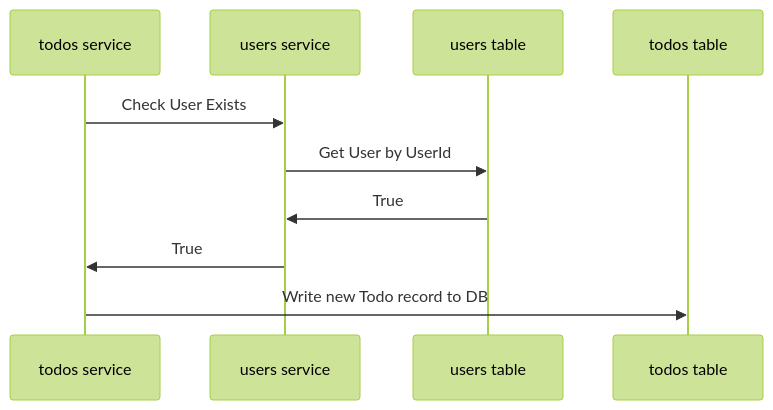
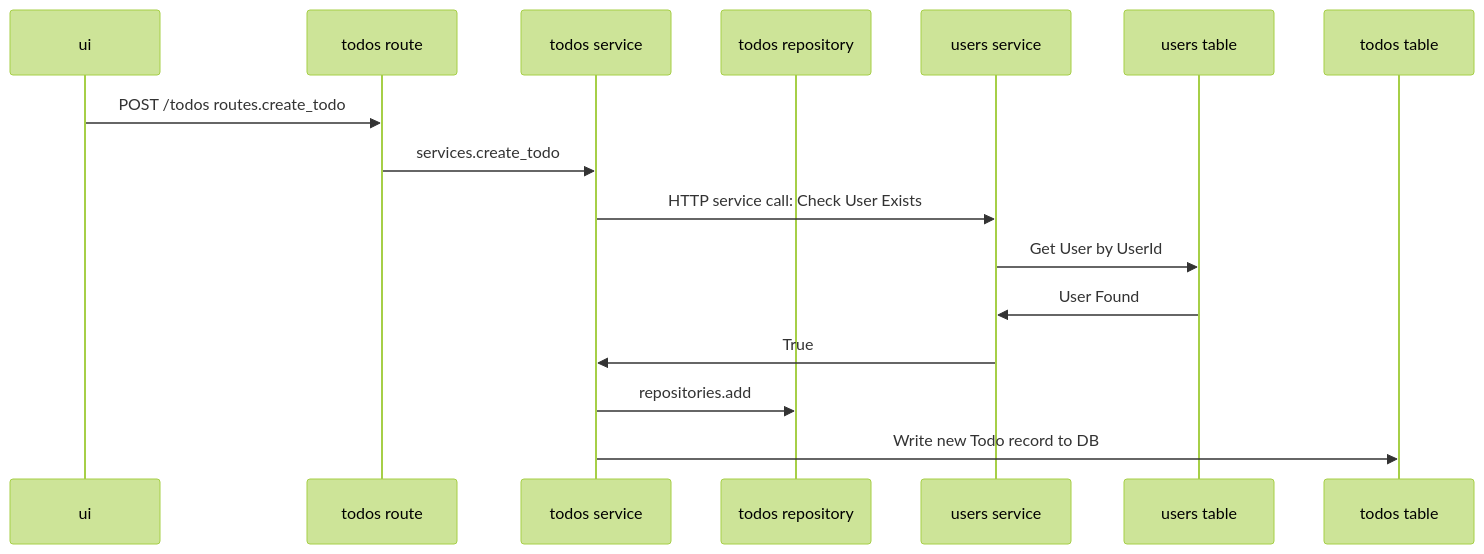
Before and after one commit to brianroytman/chalkboard-demo-todos: the diagram in README.md, drawn with Mermaid (forest theme). The commit also changed other lines of this file, not shown here.

````diff
--- a/README.md
+++ b/README.md
@@ -52,12 +52,18 @@
 ```mermaid
 sequenceDiagram
+participant ui as ui
+participant tr as todos route
 participant ts as todos service
+participant trp as todos repository
 participant us as users service
 participant ud as users table
 participant td as todos table
-ts ->> us: Check User Exists
+ui ->> tr: POST /todos routes.create_todo
+tr ->> ts: services.create_todo
+ts ->> us: HTTP service call: Check User Exists
 us ->> ud: Get User by UserId
-ud ->> us: True
+ud ->> us: User Found
 us ->> ts: True
+ts ->> trp: repositories.add
 ts ->> td: Write new Todo record to DB
 ```
````
